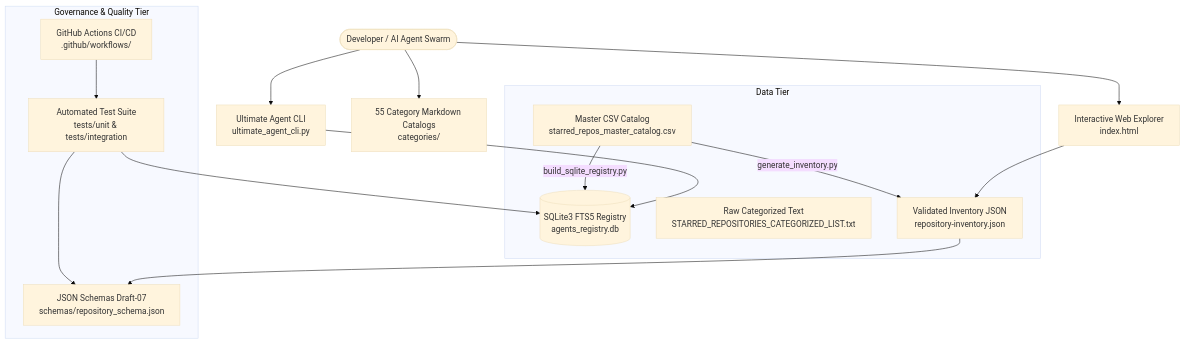
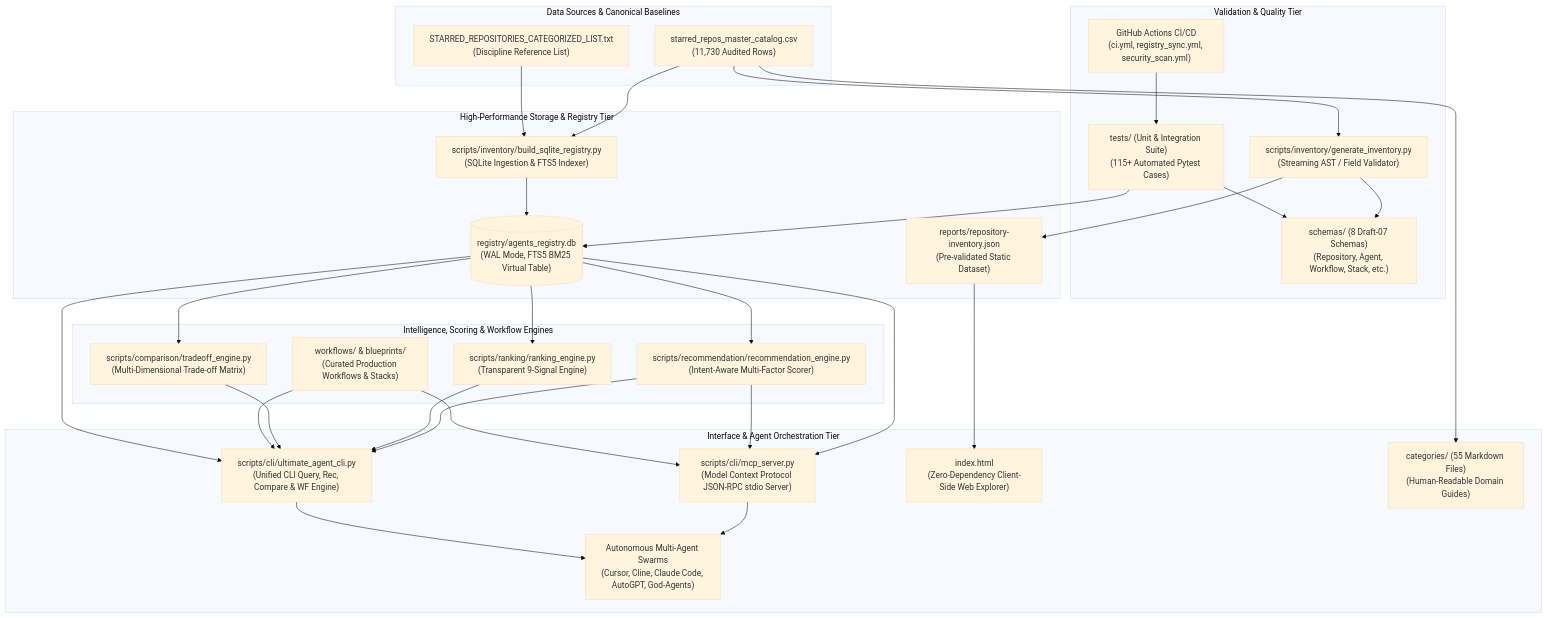
One commit to Akshay-Katiyar/Github-Ultimate-Repos changed the first of 3 diagrams in docs/architecture.md. Above: the diagram before and after it, drawn with Mermaid (base theme). The commit also changed other lines of this file and 117 other files, not shown here.

Commit message:
feat(arch): implement interactive animated architecture visualizer & workflow pipeline

````diff
--- a/docs/architecture.md
+++ b/docs/architecture.md
@@ -7,28 +30,63 @@
 ```mermaid
-graph TD
-    User([Developer / AI Agent Swarm]) --> CLI[Ultimate Agent CLI<br/>ultimate_agent_cli.py]
-    User --> Web[Interactive Web Explorer<br/>index.html]
-    User --> Docs[55 Category Markdown Catalogs<br/>categories/]
-
-    subgraph Data Tier
-        DB[(SQLite3 FTS5 Registry<br/>agents_registry.db)]
-        CSV[Master CSV Catalog<br/>starred_repos_master_catalog.csv]
-        TXT[Raw Categorized Text<br/>STARRED_REPOSITORIES_CATEGORIZED_LIST.txt]
-        JSON[Validated Inventory JSON<br/>repository-inventory.json]
+flowchart TD
+    subgraph DataSources ["Data Sources & Canonical Baselines"]
+        CSV["starred_repos_master_catalog.csv<br/>(11,730 Audited Rows)"]
+        TXT["STARRED_REPOSITORIES_CATEGORIZED_LIST.txt<br/>(Discipline Reference List)"]
     end
 
-    subgraph Governance & Quality Tier
-        Schemas[JSON Schemas Draft-07<br/>schemas/repository_schema.json]
-        Tests[Automated Test Suite<br/>tests/unit & tests/integration]
-        CI[GitHub Actions CI/CD<br/>.github/workflows/]
+    subgraph GovernanceTier ["Validation & Quality Tier"]
+        SchemaRepo["schemas/ (8 Draft-07 Schemas)<br/>(Repository, Agent, Workflow, Stack, etc.)"]
+        Validator["scripts/inventory/generate_inventory.py<br/>(Streaming AST / Field Validator)"]
+        TestMatrix["tests/ (Unit & Integration Suite)<br/>(115+ Automated Pytest Cases)"]
+        CI["GitHub Actions CI/CD<br/>(ci.yml, registry_sync.yml, security_scan.yml)"]
     end
 
-    CLI --> DB
-    Web --> JSON
-    CSV -->|build_sqlite_registry.py| DB
-    CSV -->|generate_inventory.py| JSON
-    JSON --> Schemas
-    Tests --> DB
-    Tests --> Schemas
-    CI --> Tests
+    subgraph CoreEngine ["High-Performance Storage & Registry Tier"]
+        Builder["scripts/inventory/build_sqlite_registry.py<br/>(SQLite Ingestion & FTS5 Indexer)"]
+        DB[("registry/agents_registry.db<br/>(WAL Mode, FTS5 BM25 Virtual Table)")]
+        InventoryJSON["reports/repository-inventory.json<br/>(Pre-validated Static Dataset)"]
+    end
+
+    subgraph IntelligenceTier ["Intelligence, Scoring & Workflow Engines"]
+        RecEngine["scripts/recommendation/recommendation_engine.py<br/>(Intent-Aware Multi-Factor Scorer)"]
+        RankEngine["scripts/ranking/ranking_engine.py<br/>(Transparent 9-Signal Engine)"]
+        TradeoffEngine["scripts/comparison/tradeoff_engine.py<br/>(Multi-Dimensional Trade-off Matrix)"]
+        Workflows["workflows/ & blueprints/<br/>(Curated Production Workflows & Stacks)"]
+    end
+
+    subgraph ConsumerTier ["Interface & Agent Orchestration Tier"]
+        CLI["scripts/cli/ultimate_agent_cli.py<br/>(Unified CLI Query, Rec, Compare & WF Engine)"]
+        MCP["scripts/cli/mcp_server.py<br/>(Model Context Protocol JSON-RPC stdio Server)"]
+        WebUI["index.html<br/>(Zero-Dependency Client-Side Web Explorer)"]
+        Cats["categories/ (55 Markdown Files)<br/>(Human-Readable Domain Guides)"]
+        Swarm["Autonomous Multi-Agent Swarms<br/>(Cursor, Cline, Claude Code, AutoGPT, God-Agents)"]
+    end
+
+    CSV --> Validator
+    CSV --> Builder
+    TXT --> Builder
+    Validator --> SchemaRepo
+    Validator --> InventoryJSON
+    Builder --> DB
+    TestMatrix --> DB
+    TestMatrix --> SchemaRepo
+    CI --> TestMatrix
+
+    DB --> RecEngine
+    DB --> RankEngine
+    DB --> TradeoffEngine
+    RecEngine --> CLI
+    RankEngine --> CLI
+    TradeoffEngine --> CLI
+    Workflows --> CLI
+
+    DB --> MCP
+    RecEngine --> MCP
+    Workflows --> MCP
+
+    DB --> CLI
+    InventoryJSON --> WebUI
+    CSV --> Cats
+    MCP --> Swarm
+    CLI --> Swarm
 ```
````
